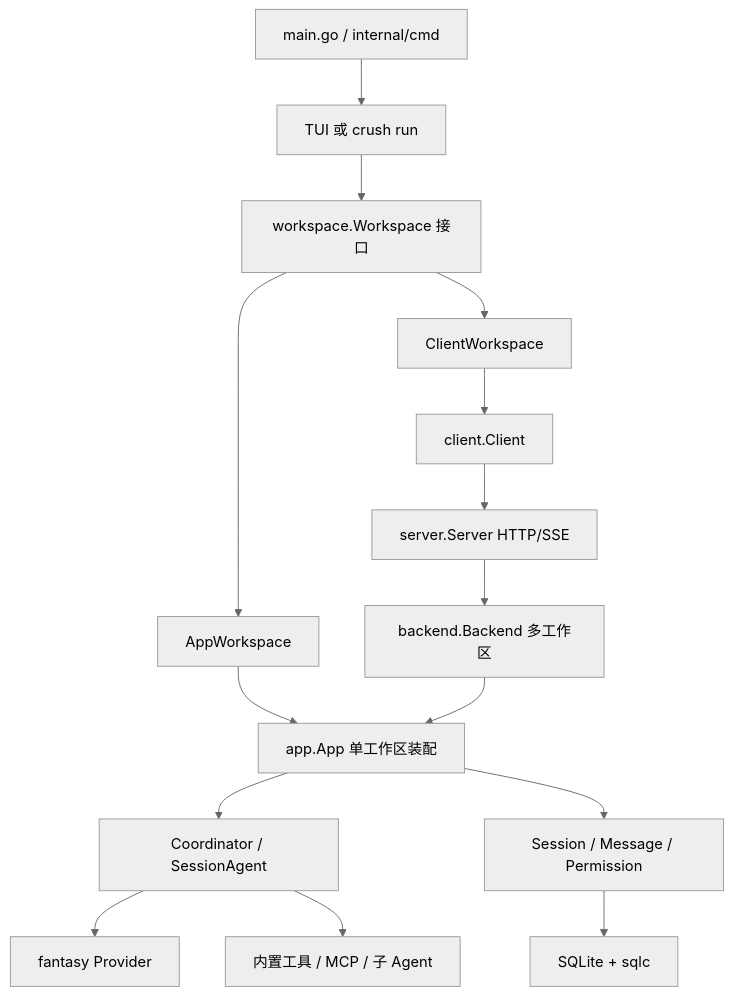
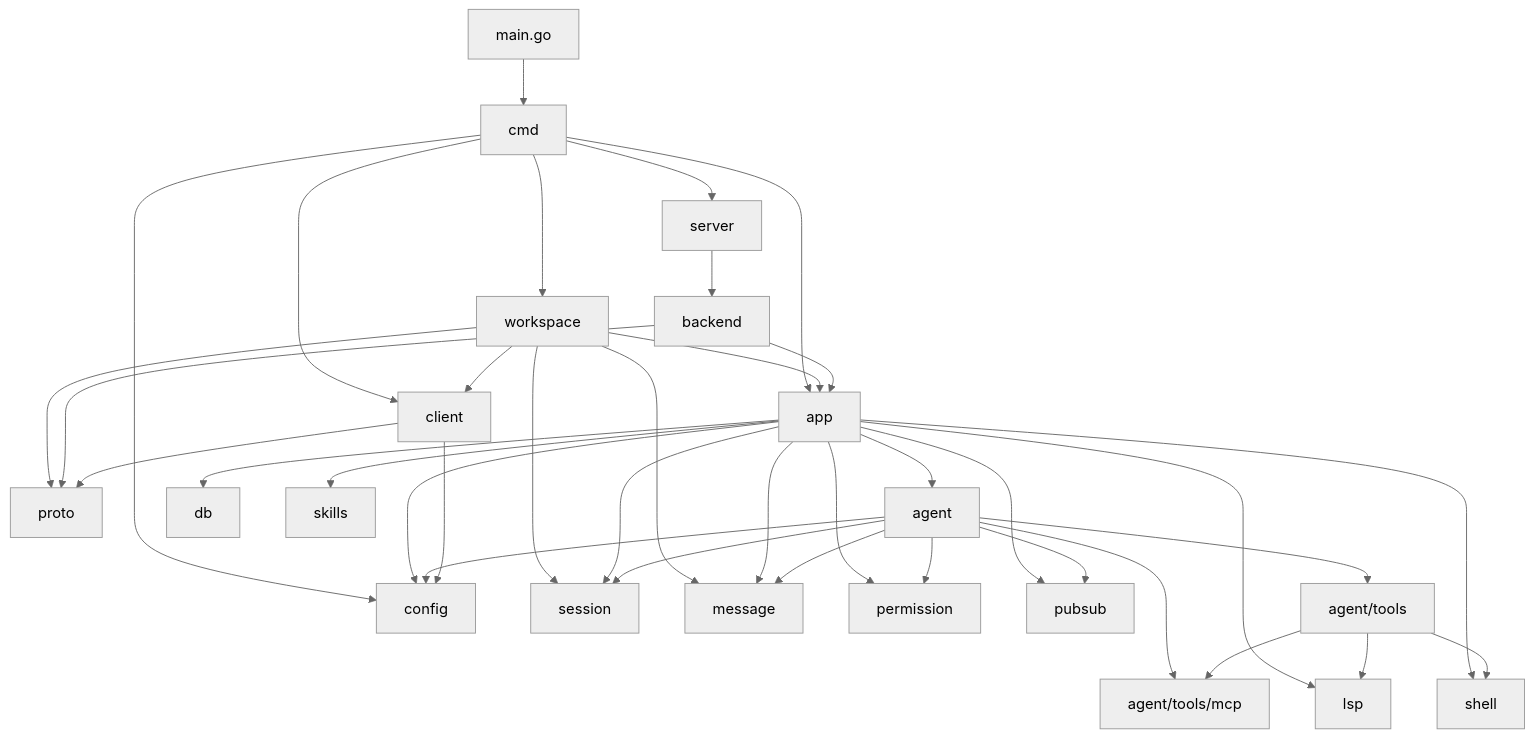
One commit to adrian9778/crush changed the diagram in docs/adrian/sourceReader/01-简单框架-系统骨架.md. Above: the diagram before and after it, drawn with Mermaid (neutral theme). The commit also changed other lines of this file and 33 other files, not shown here.

````diff
--- a/docs/adrian/sourceReader/01-简单框架-系统骨架.md
+++ b/docs/adrian/sourceReader/01-简单框架-系统骨架.md
@@ -53,17 +184,45 @@
 ```mermaid
 flowchart TD
-    Entry["main.go / internal/cmd"] --> Frontend["TUI 或 crush run"]
-    Frontend --> WI["workspace.Workspace 接口"]
-    WI --> Local["AppWorkspace"]
-    WI --> Remote["ClientWorkspace"]
-    Local --> App["app.App 单工作区装配"]
-    Remote --> Client["client.Client"]
-    Client --> Server["server.Server HTTP/SSE"]
-    Server --> Backend["backend.Backend 多工作区"]
-    Backend --> App
-    App --> Agent["Coordinator / SessionAgent"]
-    App --> Domain["Session / Message / Permission"]
-    Domain --> DB["SQLite + sqlc"]
-    Agent --> Provider["fantasy Provider"]
-    Agent --> Tools["内置工具 / MCP / 子 Agent"]
+    main["main.go"] --> cmd["cmd"]
+    cmd --> workspace["workspace"]
+    cmd --> app["app"]
+    cmd --> server["server"]
+    cmd --> client["client"]
+    cmd --> config["config"]
+
+    workspace --> app
+    workspace --> client
+    workspace --> proto["proto"]
+    workspace --> session["session"]
+    workspace --> message["message"]
+
+    app --> agent["agent"]
+    app --> config
+    app --> db["db"]
+    app --> session
+    app --> message
+    app --> lsp["lsp"]
+    app --> skills["skills"]
+    app --> permission["permission"]
+    app --> pubsub["pubsub"]
+    app --> shell["shell"]
+
+    agent --> tools["agent/tools"]
+    agent --> mcp["agent/tools/mcp"]
+    agent --> config
+    agent --> session
+    agent --> message
+    agent --> permission
+    agent --> pubsub
+
+    tools --> mcp
+    tools --> lsp
+    tools --> shell
+
+    server --> backend["backend"]
+    backend --> app
+    backend --> proto
+
+    client --> proto
+    client --> config
 ```
````
